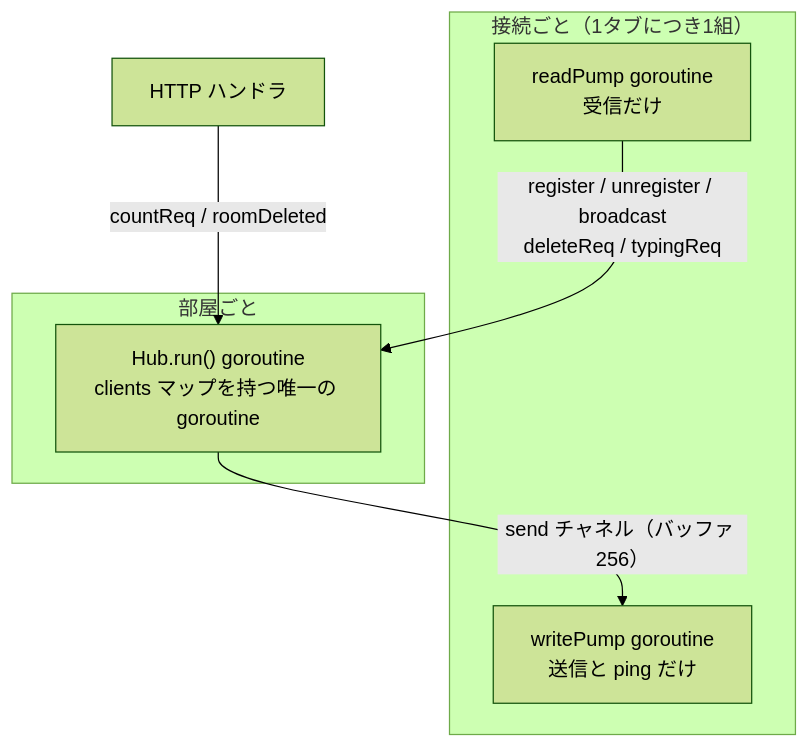
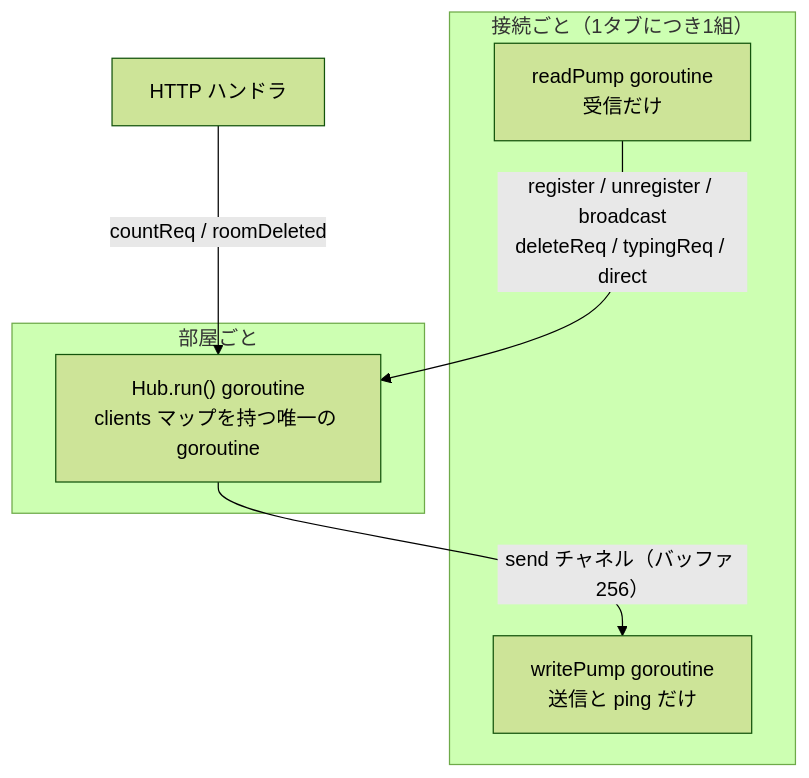
Before and after one commit to tsutsu0423/GoChat: the second of 4 diagrams in README.md, drawn with Mermaid (forest theme). The commit also changed other lines of this file, not shown here.

````diff
--- a/README.md
+++ b/README.md
@@ -199,13 +203,13 @@
 ```mermaid
 flowchart TB
     subgraph Conn["接続ごと（1タブにつき1組）"]
         R["readPump goroutine<br/>受信だけ"]
         W["writePump goroutine<br/>送信と ping だけ"]
     end
     subgraph Room["部屋ごと"]
         H["Hub.run() goroutine<br/>clients マップを持つ唯一の goroutine"]
     end
-    R -- "register / unregister / broadcast<br/>deleteReq / typingReq" --> H
+    R -- "register / unregister / broadcast<br/>deleteReq / typingReq / direct" --> H
     H -- "send チャネル（バッファ 256）" --> W
     HTTP["HTTP ハンドラ"] -- "countReq / roomDeleted" --> H
 ```
````
